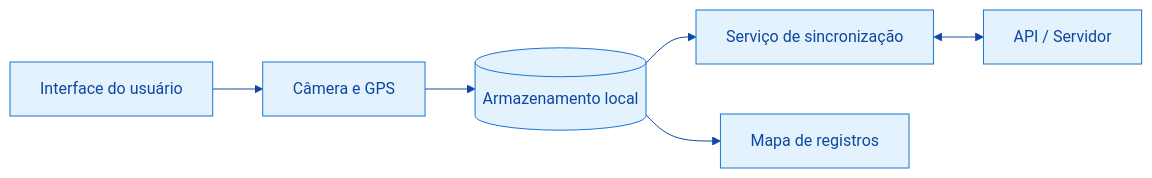
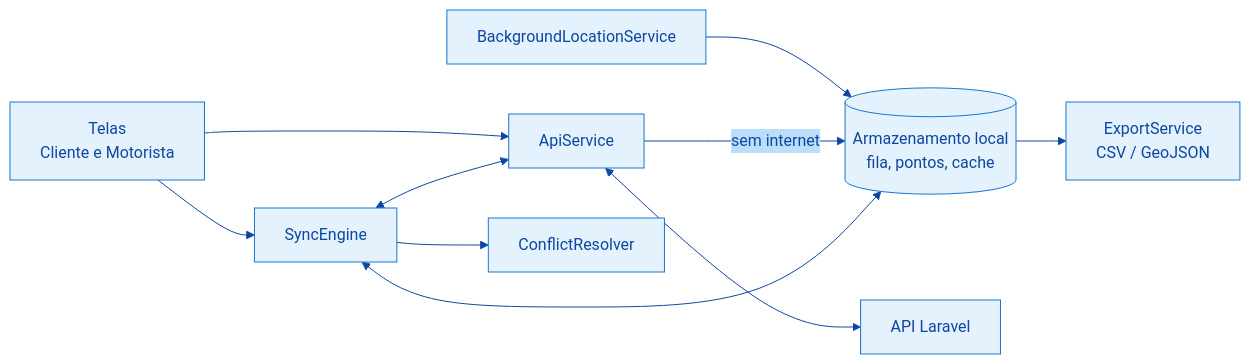
Before and after one commit to mariaclaraluz0/geo_sync_mobile: the diagram in README.md, drawn with Mermaid. The commit also changed other lines of this file and 16 other files, not shown here.

Commit message:
feat: Refatorando as telas de motorista e cliente, removendo a tela de carteira, e corrijundo pequenos erro na tela!

````diff
--- a/README.md
+++ b/README.md
@@ -60,9 +82,13 @@
 ```mermaid
 %%{init: {'theme':'base','themeVariables':{'primaryColor':'#E3F2FD','primaryBorderColor':'#1976D2','primaryTextColor':'#0D47A1','lineColor':'#0D47A1','secondaryColor':'#BBDEFB'}}}%%
 flowchart LR
-    A[Interface do usuário] --> B[Câmera e GPS]
-    B --> C[(Armazenamento local)]
-    C --> D[Serviço de sincronização]
-    D <--> E[API / Servidor]
-    C --> F[Mapa de registros]
+    UI[Telas<br/>Cliente e Motorista] --> API[ApiService]
+    UI --> SYNC[SyncEngine]
+    GPS[BackgroundLocationService] --> STORE[(Armazenamento local<br/>fila, pontos, cache)]
+    API -- sem internet --> STORE
+    SYNC <--> STORE
+    SYNC --> CR[ConflictResolver]
+    SYNC <--> API
+    API <--> BE[API Laravel]
+    STORE --> EXP[ExportService<br/>CSV / GeoJSON]
 ```
````
